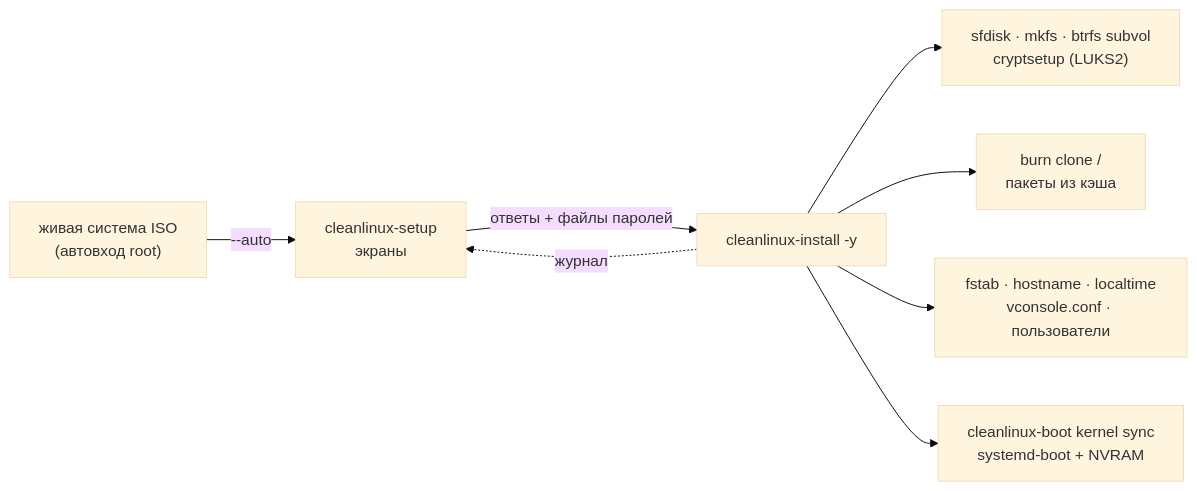
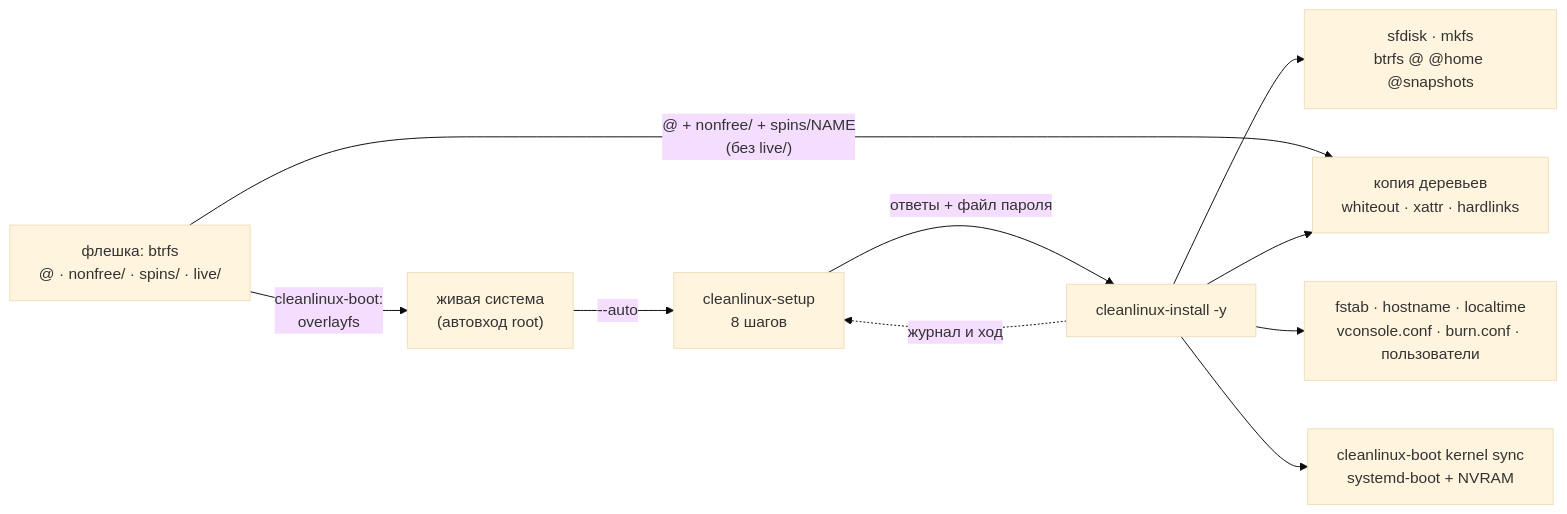
The diagram in README.md (vovawees/cleanlinux-install), drawn with Mermaid (base theme) before and after one commit. The commit also changed other lines of this file and 23 other files, not shown here.

First line of the commit message:
0.7.0: copy the live medium's layers instead of burn clone, a new TUI, no encryption

````diff
--- a/README.md
+++ b/README.md
@@ -154,10 +179,12 @@
 ```mermaid
 flowchart LR
-    ISO["живая система ISO<br/>(автовход root)"] -->|"--auto"| S["cleanlinux-setup<br/>экраны"]
-    S -->|"ответы + файлы паролей"| I["cleanlinux-install -y"]
-    I --> P["sfdisk · mkfs · btrfs subvol<br/>cryptsetup (LUKS2)"]
-    I --> C["burn clone /<br/>пакеты из кэша"]
-    I --> F["fstab · hostname · localtime<br/>vconsole.conf · пользователи"]
+    M["флешка: btrfs<br/>@ · nonfree/ · spins/ · live/"] -->|"cleanlinux-boot:<br/>overlayfs"| L["живая система<br/>(автовход root)"]
+    L -->|"--auto"| S["cleanlinux-setup<br/>8 шагов"]
+    S -->|"ответы + файл пароля"| I["cleanlinux-install -y"]
+    I --> P["sfdisk · mkfs<br/>btrfs @ @home @snapshots"]
+    M -->|"@ + nonfree/ + spins/NAME<br/>(без live/)"| C["копия деревьев<br/>whiteout · xattr · hardlinks"]
+    I --> C
+    I --> F["fstab · hostname · localtime<br/>vconsole.conf · burn.conf · пользователи"]
     I --> B["cleanlinux-boot kernel sync<br/>systemd-boot + NVRAM"]
-    I -. "журнал" .-> S
+    I -. "журнал и ход" .-> S
 ```
````
